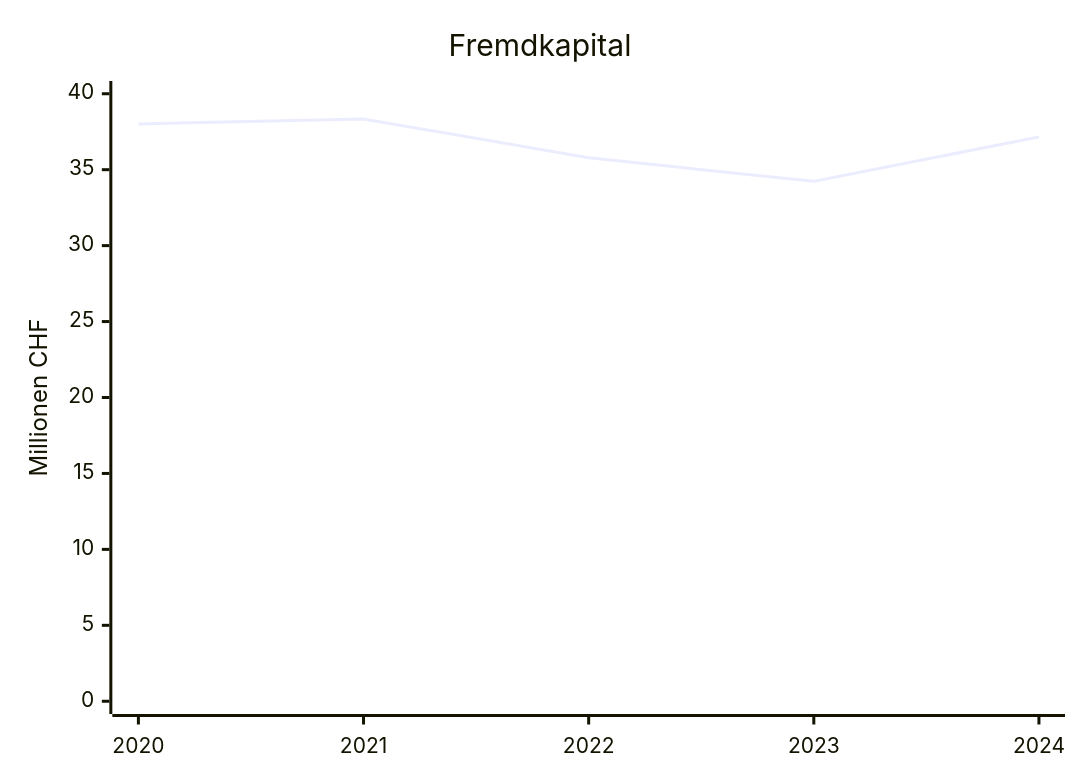
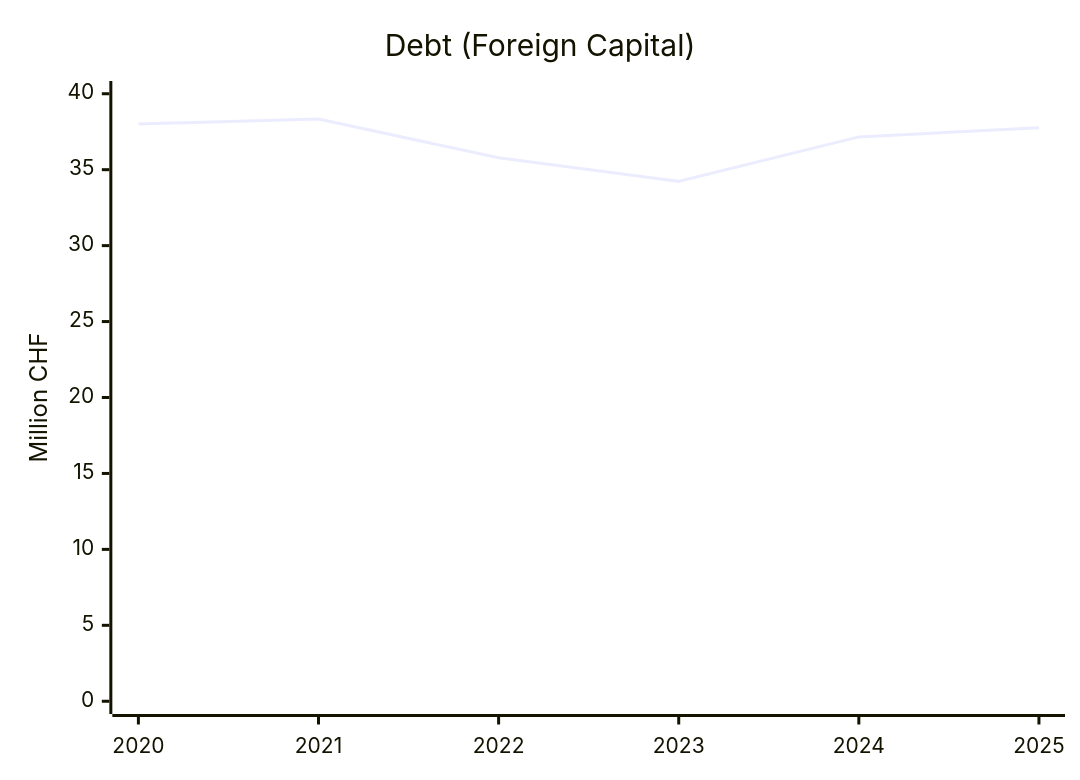
One commit to risajef/risajef.github.io changed the third of 8 diagrams in docs/politik/finanzen-beringen.en.md. Above: the diagram before and after it, drawn with Mermaid. The commit also changed other lines of this file and 1 other file, not shown here.

````diff
--- a/docs/politik/finanzen-beringen.en.md
+++ b/docs/politik/finanzen-beringen.en.md
@@ -65,7 +65,7 @@
 ```mermaid
 xychart
-title "Fremdkapital"
-x-axis [2020, 2021, 2022, 2023, 2024]
-y-axis "Millionen CHF" 0 --> 40
-line [38.010, 38.342, 35.781, 34.232, 37.158]
+title "Debt (Foreign Capital)"
+x-axis [2020, 2021, 2022, 2023, 2024, 2025]
+y-axis "Million CHF" 0 --> 40
+line [38.010, 38.342, 35.781, 34.232, 37.158, 37.756]
 ```
````
